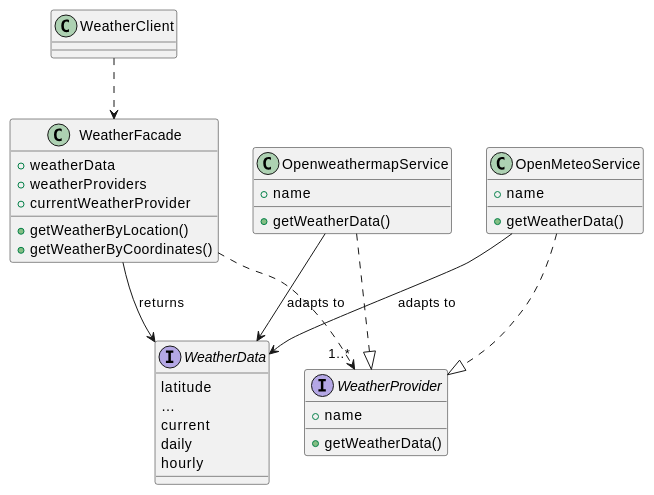
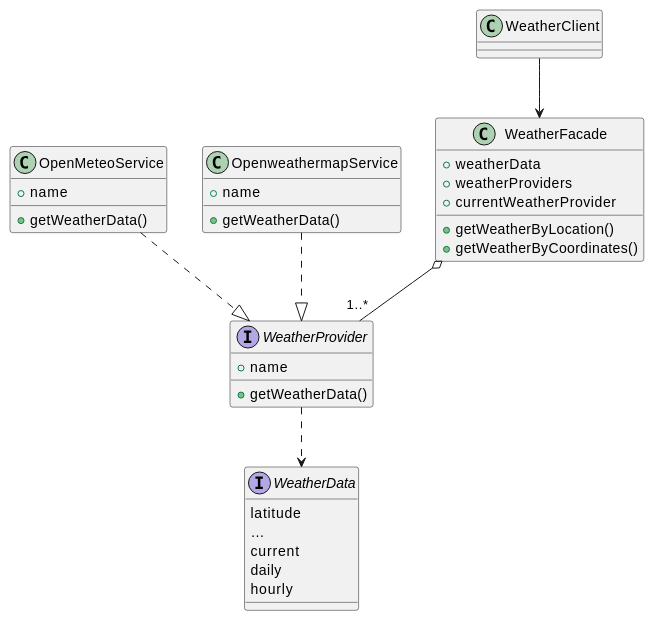
One commit to montanpi/meteo-app changed the diagram in README.md. Above: the diagram before and after it, drawn with PlantUML. The commit also changed 1 other file, not shown here.

Commit message:
fix uml class diagram

````diff
--- a/README.md
+++ b/README.md
@@ -29,51 +29,51 @@
 ```plantuml
 @startuml
 class WeatherFacade {
     + weatherData
     + weatherProviders
     + currentWeatherProvider
     + getWeatherByLocation()
     + getWeatherByCoordinates()
 }
 
 class WeatherClient {
 }
 
 interface WeatherProvider {
     + name
     + getWeatherData()
 }
 
 class OpenMeteoService {
     + name
     + getWeatherData()
 }
 
 class OpenweathermapService {
     + name
     + getWeatherData()
 }
 
 interface WeatherData {
     latitude
     …
     current
     daily
     hourly
 }
 
 ' interface OpenMeteoWeatherData {}
 ' interface OpenweathermapData {}
 
-    ' OpenMeteoService --> OpenMeteoWeatherData : gets
-    ' OpenweathermapService --> OpenweathermapData : gets
+    ' OpenMeteoService ..> OpenMeteoWeatherData : gets
+    ' OpenweathermapService ..> OpenweathermapData : gets
     OpenMeteoService ..|> WeatherProvider
-    OpenMeteoService --> WeatherData : adapts to
-    OpenweathermapService --> WeatherData : adapts to
+    ' OpenMeteoService ..> WeatherData : adapts to
+    ' OpenweathermapService ..> WeatherData : adapts to
     OpenweathermapService ..|> WeatherProvider
-    WeatherFacade ..> "1..*" WeatherProvider
-    WeatherFacade --> WeatherData : returns
-    ' WeatherProvider --> WeatherData : returns
-    WeatherClient ..> WeatherFacade
+    WeatherFacade o-- "1..*" WeatherProvider
+    ' WeatherFacade ..> WeatherData
+    WeatherProvider ..> WeatherData
+    WeatherClient --> WeatherFacade
 @enduml
 ```
````
